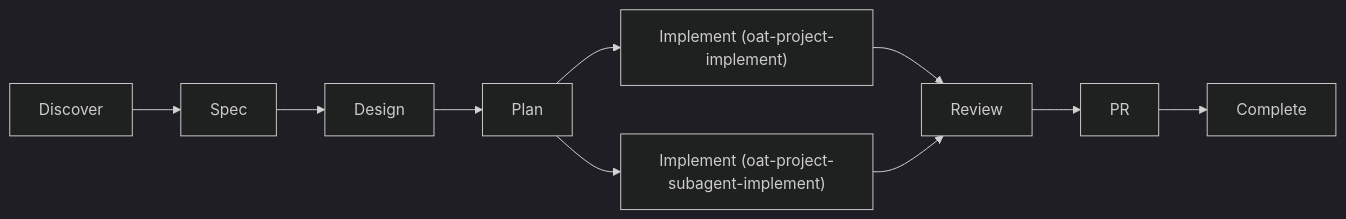
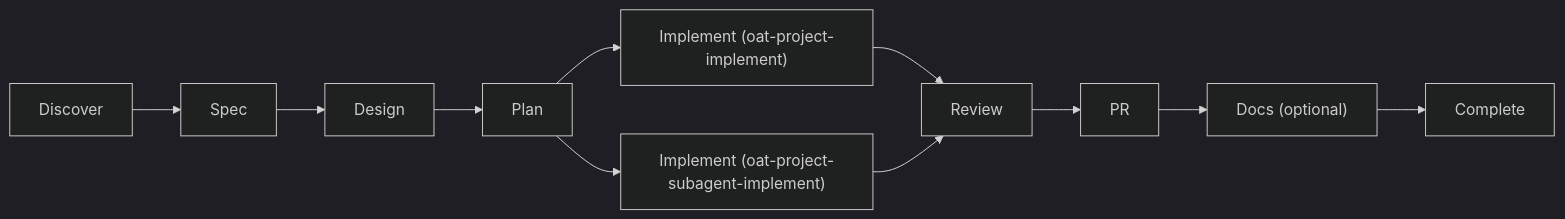
One commit to tkstang/open-agent-toolkit changed the first of 3 diagrams in apps/oat-docs/docs/workflow/lifecycle.md. Above: the diagram before and after it, drawn with Mermaid (dark theme). The commit also changed other lines of this file and 6 other files, not shown here.

````diff
--- a/apps/oat-docs/docs/workflow/lifecycle.md
+++ b/apps/oat-docs/docs/workflow/lifecycle.md
@@ -53,8 +54,8 @@
 ```mermaid
 flowchart LR
   D["Discover"] --> S["Spec"] --> G["Design"] --> P["Plan"]
   P --> I1["Implement (oat-project-implement)"]
   P --> I2["Implement (oat-project-subagent-implement)"]
-  I1 --> R["Review"] --> PR["PR"] --> C["Complete"]
+  I1 --> R["Review"] --> PR["PR"] --> Doc["Docs (optional)"] --> C["Complete"]
   I2 --> R
 ```
````
